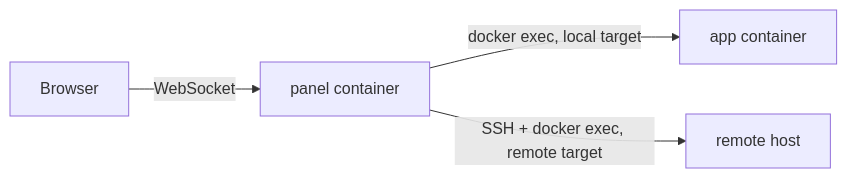
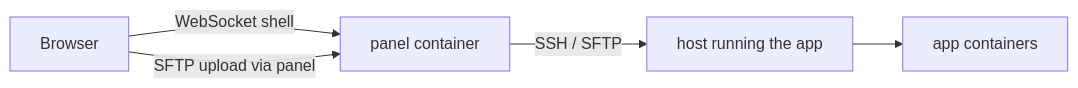
Before and after one commit to KoZsombat/Launchpad: the diagram in README.md, drawn with Mermaid. The commit also changed other lines of this file and 12 other files, not shown here.

First line of the commit message:
feat: one host SSH terminal per app with SFTP uploads

````diff
--- a/README.md
+++ b/README.md
@@ -290,6 +289,7 @@
 ```mermaid
 flowchart LR
-  browser[Browser] -->|WebSocket| panel[panel container]
-  panel -->|docker exec, local target| c1[app container]
-  panel -->|SSH + docker exec, remote target| host[remote host]
+  browser[Browser] -->|WebSocket shell| panel[panel container]
+  browser -->|SFTP upload via panel| panel
+  panel -->|SSH / SFTP| host[host running the app]
+  host --> containers[app containers]
 ```
````
